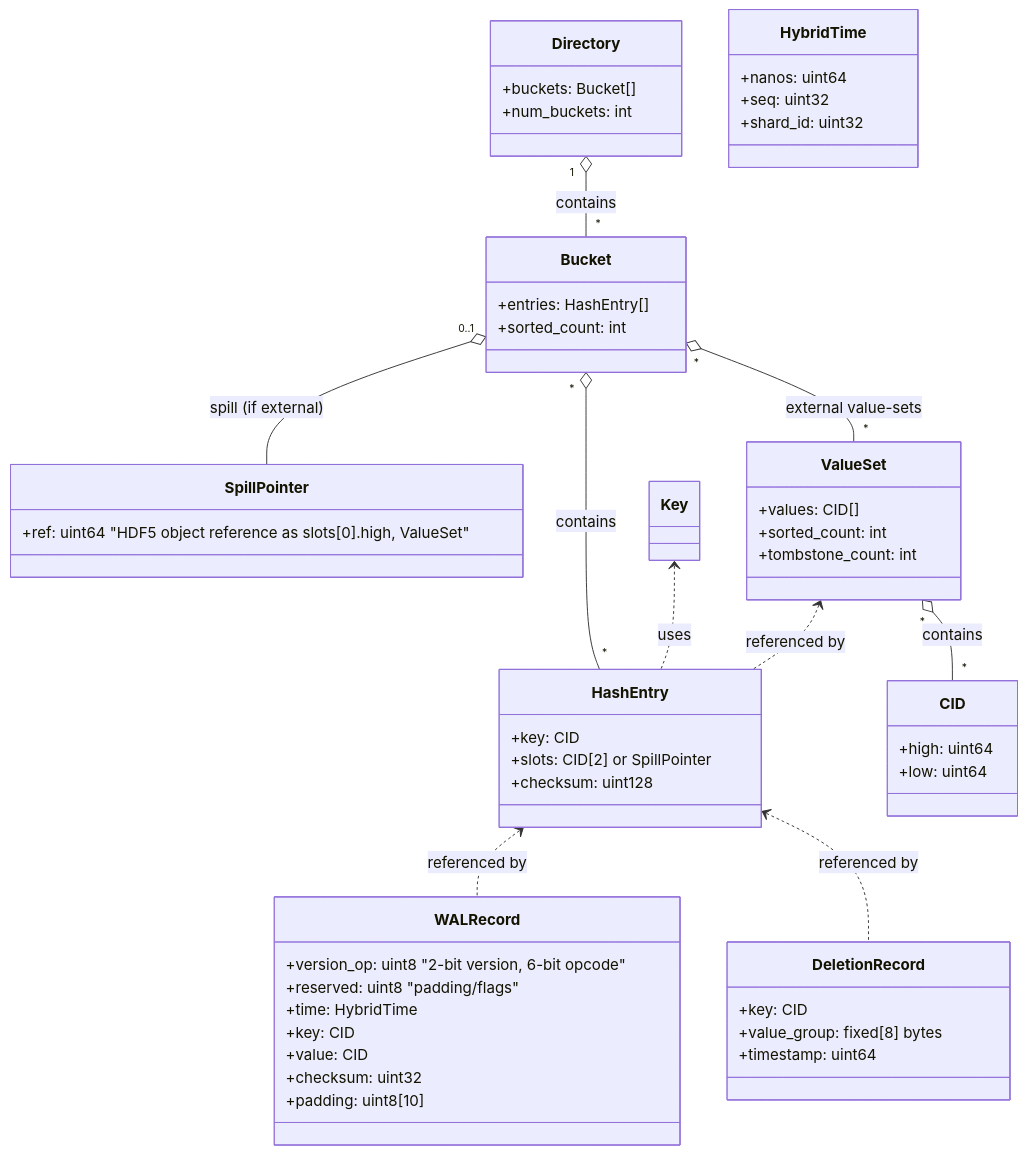
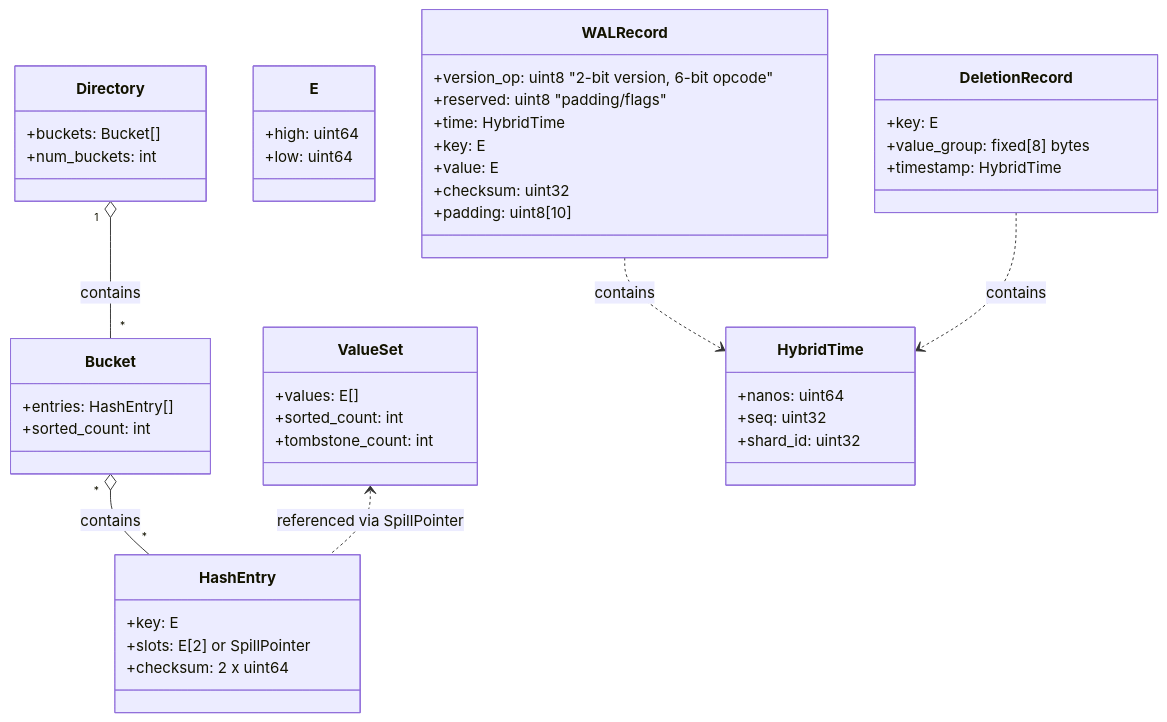
The first of 2 diagrams in docs/spec 2 - Data Types and Structure.md (amogorkon/cidstore), drawn with Mermaid before and after one commit. The commit also changed other lines of this file, not shown here.

Commit message:
refactor: Update data structure definitions to use generic type 'E' instead of 'CID'

````diff
--- a/docs/spec 2 - Data Types and Structure.md
+++ b/docs/spec 2 - Data Types and Structure.md
@@ -7,60 +7,52 @@
 ```mermaid
 classDiagram
     class Directory {
         +buckets: Bucket[]
         +num_buckets: int
     }
     class Bucket {
         +entries: HashEntry[]
         +sorted_count: int
     }
     class HashEntry {
-        +key: CID
-        +slots: CID[2] or SpillPointer
-        +checksum: uint128
-    }
-
-    class SpillPointer {
-        +ref: uint64 "HDF5 object reference as slots[0].high, ValueSet"
+        +key: E
+        +slots: E[2] or SpillPointer
+        +checksum: 2 x uint64
     }
 
     class ValueSet {
-        +values: CID[]
+        +values: E[]
         +sorted_count: int
         +tombstone_count: int
     }
 
-    class CID {
+    class E {
         +high: uint64
         +low: uint64
     }
 
     class WALRecord {
         +version_op: uint8 "2-bit version, 6-bit opcode"
         +reserved: uint8 "padding/flags"
         +time: HybridTime
-        +key: CID
-        +value: CID
+        +key: E
+        +value: E
         +checksum: uint32
         +padding: uint8[10]
     }
     class HybridTime {
         +nanos: uint64
         +seq: uint32
         +shard_id: uint32
     }
     class DeletionRecord {
-        +key: CID
+        +key: E
         +value_group: fixed[8] bytes
-        +timestamp: uint64
+        +timestamp: HybridTime
     }
     Directory "1" o-- "*" Bucket : contains
     Bucket "*" o-- "*" HashEntry : contains
-    Bucket "0..1" o-- SpillPointer : spill (if external)
-    Bucket "*" o-- "*" ValueSet : external value-sets
-    ValueSet "*" o-- "*" CID : contains
-    Key <.. HashEntry : uses
-    HashEntry <.. WALRecord : referenced by
-    HashEntry <.. DeletionRecord : referenced by
-    ValueSet <.. HashEntry : referenced by
+    ValueSet <.. HashEntry : referenced via SpillPointer
+    WALRecord ..> HybridTime : contains
+    DeletionRecord ..> HybridTime : contains
 ```
````
